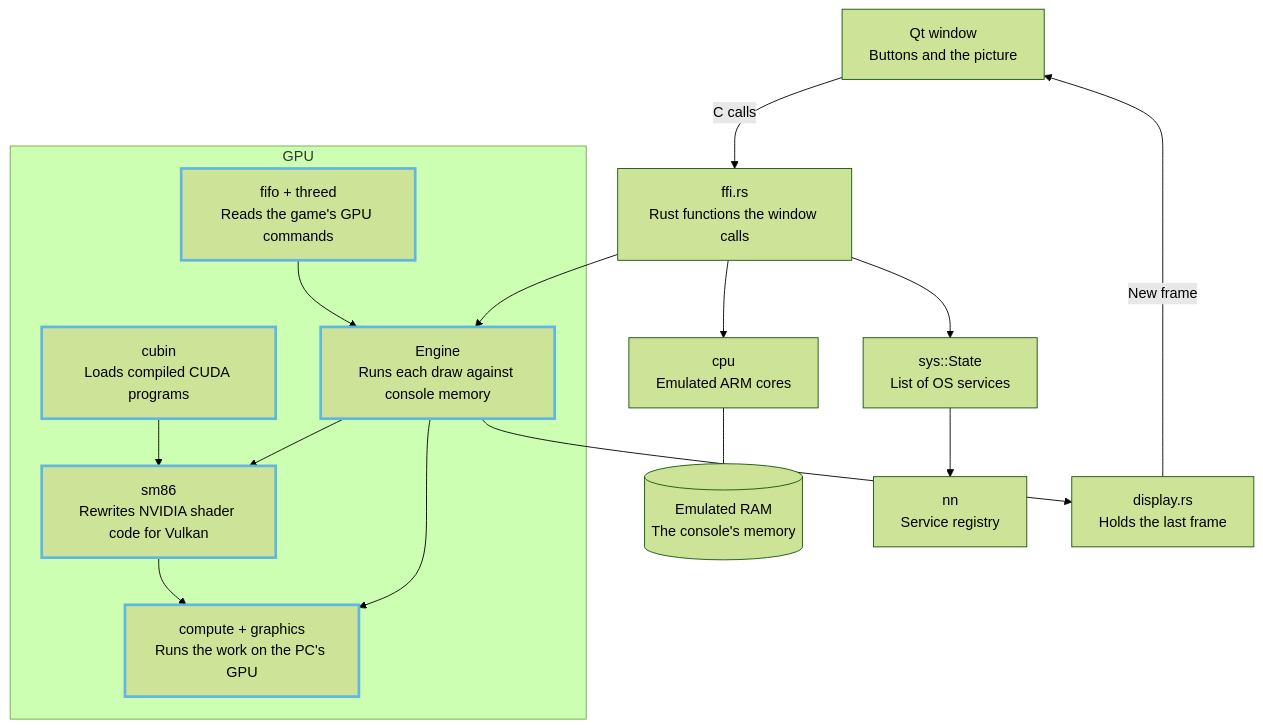
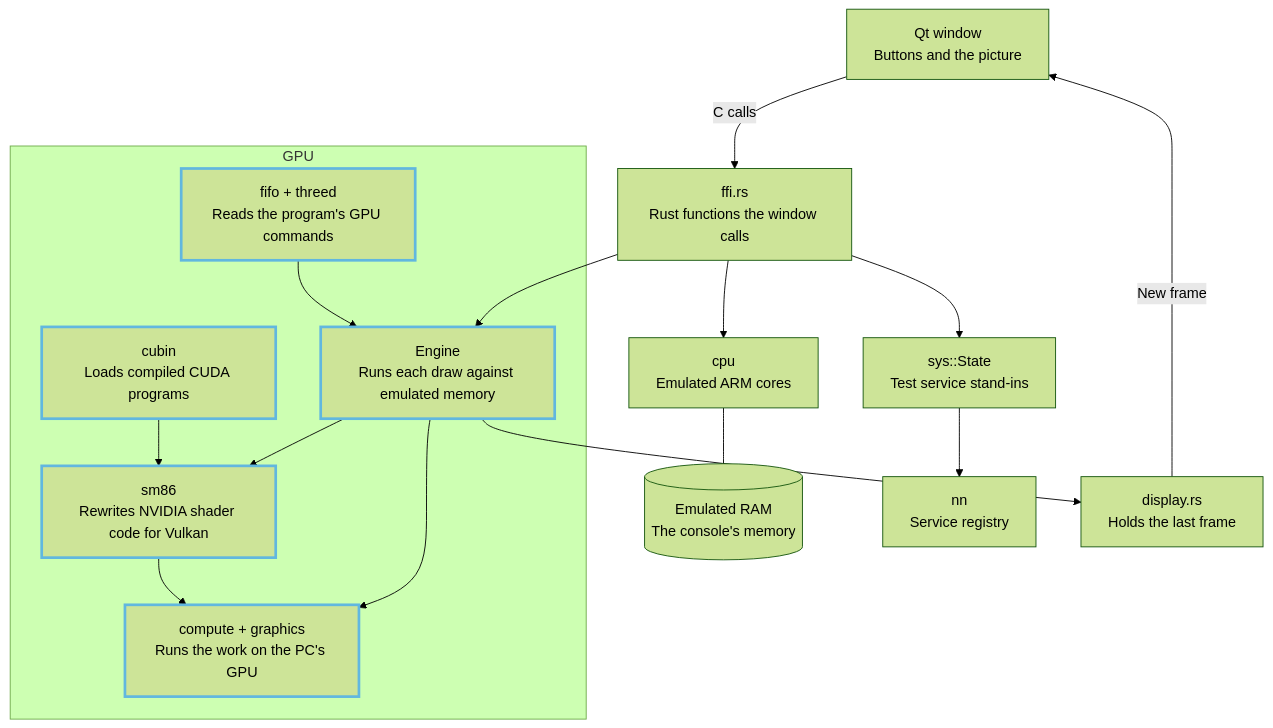
One commit to jopdorp/kokoro changed the diagram in docs/architecture/README.md. Above: the diagram before and after it, drawn with Mermaid (forest theme). The commit also changed other lines of this file and 18 other files, not shown here.

````diff
--- a/docs/architecture/README.md
+++ b/docs/architecture/README.md
@@ -5,20 +5,20 @@
 ```mermaid
 flowchart TB
     GUI["Qt window<br/>Buttons and the picture"] -->|"C calls"| FFI["ffi.rs<br/>Rust functions the window calls"]
-    FFI --> SYS["sys::State<br/>List of OS services"]
+    FFI --> SYS["sys::State<br/>Test service stand-ins"]
     FFI --> CPU["cpu<br/>Emulated ARM cores"]
     CPU --- RAM[("Emulated RAM<br/>The console's memory")]
     SYS --> NN["nn<br/>Service registry"]
     FFI --> ENG
     subgraph GPU["GPU"]
-        FIFO["fifo + threed<br/>Reads the game's GPU commands"] --> ENG["Engine<br/>Runs each draw against console memory"]
+        FIFO["fifo + threed<br/>Reads the program's GPU commands"] --> ENG["Engine<br/>Runs each draw against emulated memory"]
         ENG --> SASS["sm86<br/>Rewrites NVIDIA shader code for Vulkan"]
         ENG --> VK["compute + graphics<br/>Runs the work on the PC's GPU"]
         SASS --> VK
         CUDA["cubin<br/>Loads compiled CUDA programs"] --> SASS
     end
     ENG --> DISP["display.rs<br/>Holds the last frame"]
     DISP -->|"New frame"| GUI
     classDef gpu stroke:#61b7df,stroke-width:3px
     class FIFO,ENG,SASS,VK,CUDA gpu
 ```
````
